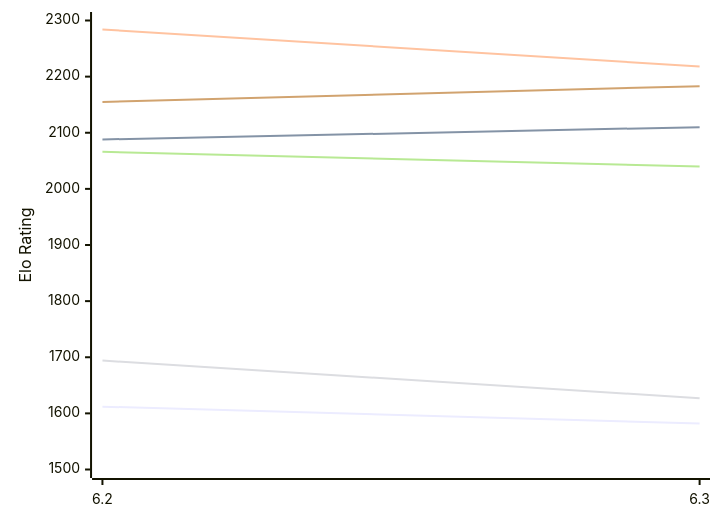
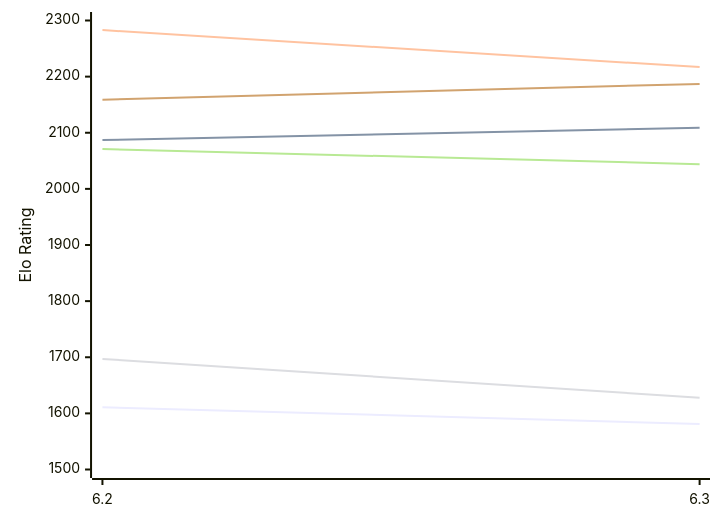
The first of 2 diagrams in engines/chess4j.md (computer-chess-index/cci), drawn with Mermaid before and after one commit. The commit also changed other lines of this file, not shown here.

Commit message:
Update CCI Ratings (ELO VLTC) - 2026-11-23

````diff
--- a/engines/chess4j.md
+++ b/engines/chess4j.md
@@ -50,12 +50,12 @@
 ```mermaid
 %%{init: {"theme":"base","themeVariables":{"seriesColors:['#a3a3a3','#222221','#faa371']}}}%%
 xychart-beta
   x-axis ["6.2", "6.3"]
   y-axis "Elo Rating" 1500 --> 2300
-  line "E1: STC (8.0+0.08s)" [1612, 1582]
-  line "E1: LTC (60.0+0.60s)" [2088, 2110]
-  line "E1: VLTC (2m24s+1.12s)" [2284, 2218]
-  line "P1: STC (8.0+0.08s)" [1694, 1627]
-  line "P1: LTC (60.0+0.60s)" [2066, 2040]
-  line "P1: VLTC (2m24s+1.12s)" [2155, 2183]
+  line "E1: STC (8.0+0.08s)" [1611, 1581]
+  line "E1: LTC (60.0+0.60s)" [2087, 2109]
+  line "E1: VLTC (2m24s+1.12s)" [2283, 2217]
+  line "P1: STC (8.0+0.08s)" [1697, 1628]
+  line "P1: LTC (60.0+0.60s)" [2071, 2044]
+  line "P1: VLTC (2m24s+1.12s)" [2159, 2187]
 ```
````
